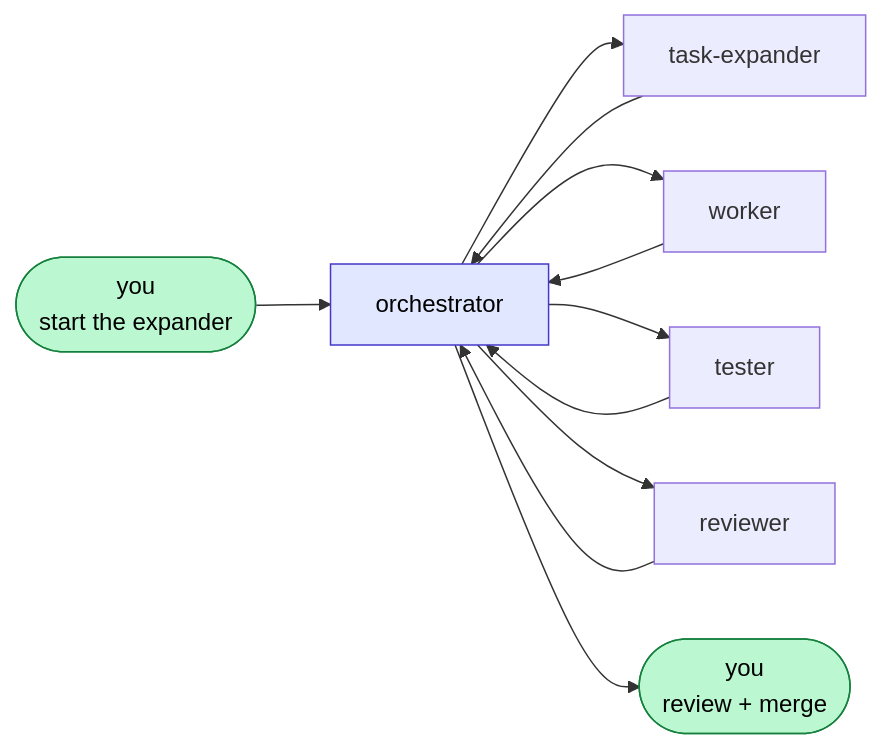
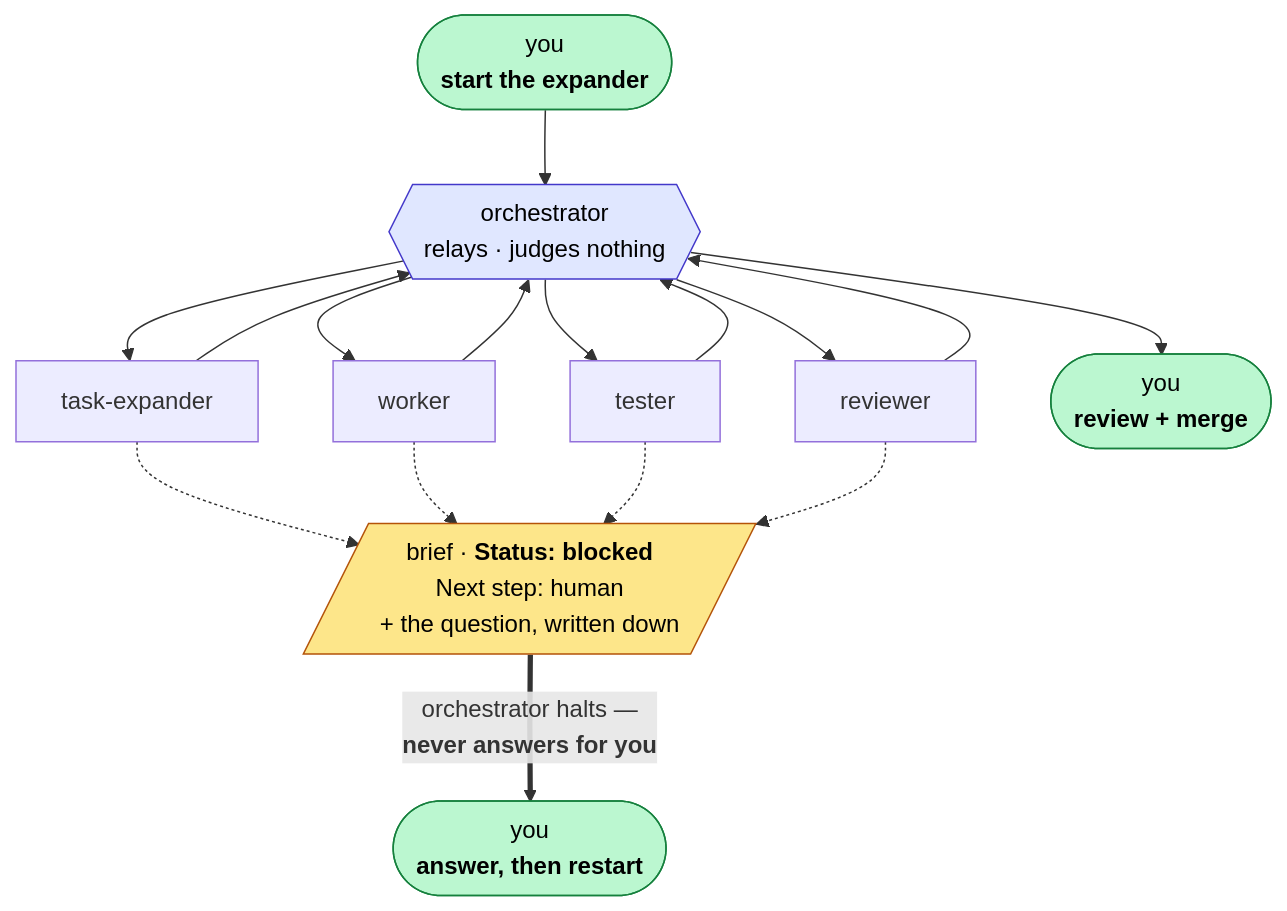
Before and after one commit to Dkaattae/geo-discovery-zone: the fourth of 4 diagrams in .claude/agents/README.md, drawn with Mermaid. The commit also changed other lines of this file, not shown here.

Commit message:
Chart the halt path: every role's escape hatch routes to a person
The gap-closed diagram showed the happy path only, which made the orchestrated
loop look like it never stops for anybody. It stops for three things, and one of
them is any role hitting a question.

All four roles now show the dotted escape into a blocked brief, and the brief
flows to you. The label on that edge is the load-bearing part: the orchestrator
halts and never answers for you. A spawned role cannot reach a person -- it can
only return text -- so "ask a question" is implemented as write it into the brief
and stop, and CLAUDE.md reserves dependencies, product calls and anything a child
reads for a person, which outranks the orchestrator.

Corrected the count below it too: three green stops, not two, and the table now
names who a blocked run routes to rather than only saying the run halts.

````diff
--- a/.claude/agents/README.md
+++ b/.claude/agents/README.md
@@ -118,13 +118,27 @@
 ```mermaid
-flowchart LR
-    H1(["you<br/>start the expander"]) --> O["orchestrator"]
-    O --> E["task-expander"] --> O
-    O --> W["worker"] --> O
-    O --> T["tester"] --> O
-    O --> R["reviewer"] --> O
-    O --> H2(["you<br/>review + merge"])
+flowchart TB
+    H1(["you<br/><b>start the expander</b>"]) --> O
+    O{{"orchestrator<br/>relays · judges nothing"}}
+    O --> E["task-expander"]
+    O --> W["worker"]
+    O --> T["tester"]
+    O --> R["reviewer"]
+    E --> O
+    W --> O
+    T --> O
+    R --> O
+    O --> H2(["you<br/><b>review + merge</b>"])
+
+    E -.-> B
+    W -.-> B
+    T -.-> B
+    R -.-> B
+    B[/"brief · <b>Status: blocked</b><br/>Next step: human<br/>+ the question, written down"/]
+    B ==>|"orchestrator halts —<br/><b>never answers for you</b>"| H3(["you<br/><b>answer, then restart</b>"])
 
     style H1 fill:#bbf7d0,stroke:#15803d,color:#000
     style H2 fill:#bbf7d0,stroke:#15803d,color:#000
+    style H3 fill:#bbf7d0,stroke:#15803d,color:#000
+    style B fill:#fde68a,stroke:#b45309,color:#000
     style O fill:#e0e7ff,stroke:#4338ca,color:#000
 ```
````
